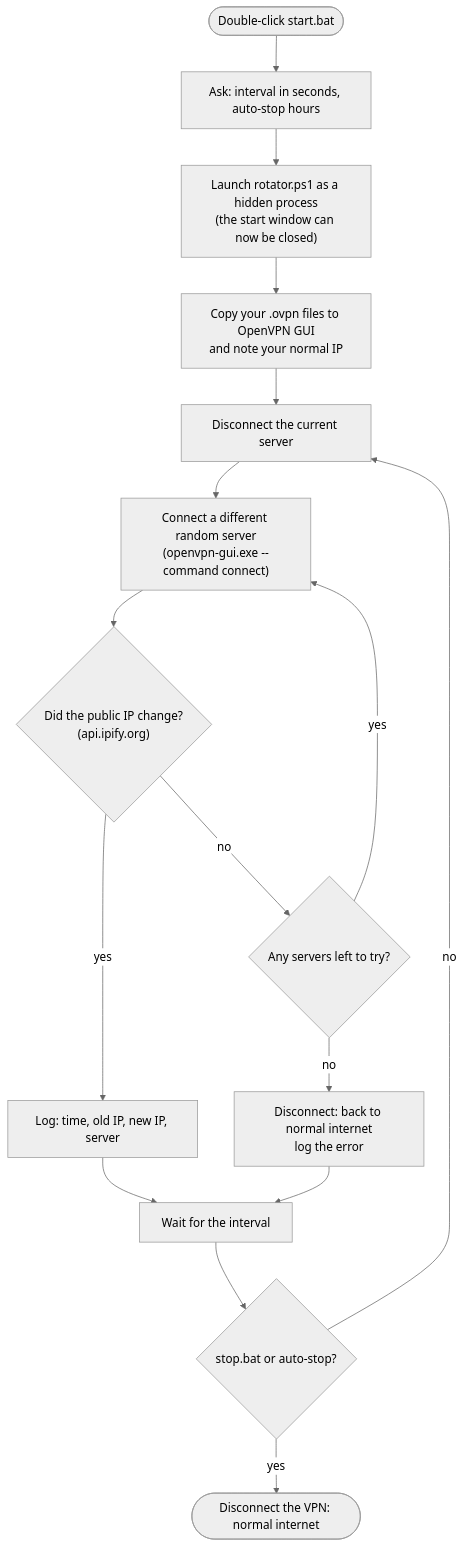
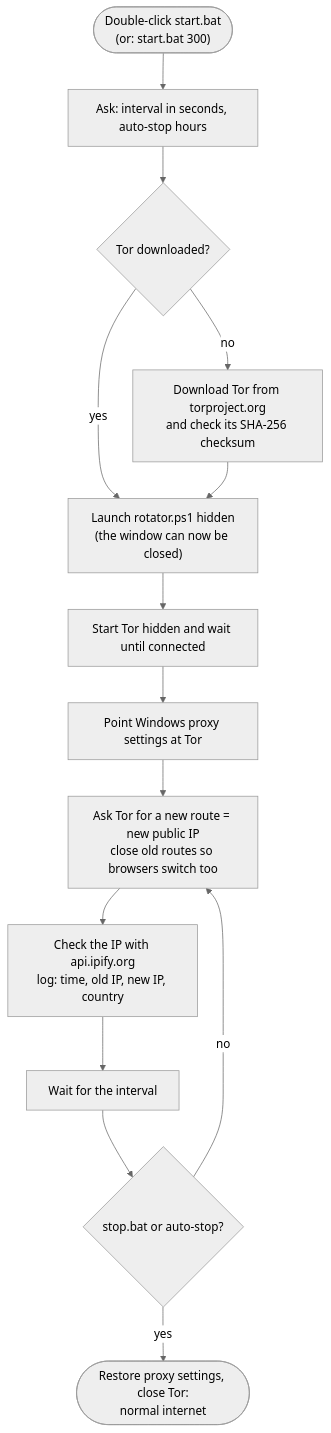
Before and after one commit to sakshamwadhankar/IPRotator: the diagram in README.md, drawn with Mermaid (neutral theme). The commit also changed other lines of this file and 18 other files, not shown here.

First line of the commit message:
Switch to Tor: no account, no login, no install (v2.0.0)

````diff
--- a/README.md
+++ b/README.md
@@ -56,18 +69,16 @@
 ```mermaid
 flowchart TD
-    A(["Double-click start.bat"]) --> B["Ask: interval in seconds, auto-stop hours"]
-    B --> C["Launch rotator.ps1 as a hidden process<br/>(the start window can now be closed)"]
-    C --> D["Copy your .ovpn files to OpenVPN GUI<br/>and note your normal IP"]
-    D --> E["Disconnect the current server"]
-    E --> F["Connect a different random server<br/>(openvpn-gui.exe --command connect)"]
-    F --> G{"Did the public IP change?<br/>(api.ipify.org)"}
-    G -- yes --> H["Log: time, old IP, new IP, server"]
-    G -- no --> I{"Any servers left to try?"}
-    I -- yes --> F
-    I -- no --> J["Disconnect: back to normal internet<br/>log the error"]
-    H --> K["Wait for the interval"]
-    J --> K
-    K --> L{"stop.bat or auto-stop?"}
-    L -- no --> E
-    L -- yes --> M(["Disconnect the VPN: normal internet"])
+    A(["Double-click start.bat<br/>(or: start.bat 300)"]) --> B["Ask: interval in seconds, auto-stop hours"]
+    B --> C{"Tor downloaded?"}
+    C -- no --> D["Download Tor from torproject.org<br/>and check its SHA-256 checksum"]
+    C -- yes --> E
+    D --> E["Launch rotator.ps1 hidden<br/>(the window can now be closed)"]
+    E --> F["Start Tor hidden and wait until connected"]
+    F --> G["Point Windows proxy settings at Tor"]
+    G --> H["Ask Tor for a new route = new public IP<br/>close old routes so browsers switch too"]
+    H --> I["Check the IP with api.ipify.org<br/>log: time, old IP, new IP, country"]
+    I --> J["Wait for the interval"]
+    J --> K{"stop.bat or auto-stop?"}
+    K -- no --> H
+    K -- yes --> L(["Restore proxy settings, close Tor:<br/>normal internet"])
 ```
````
